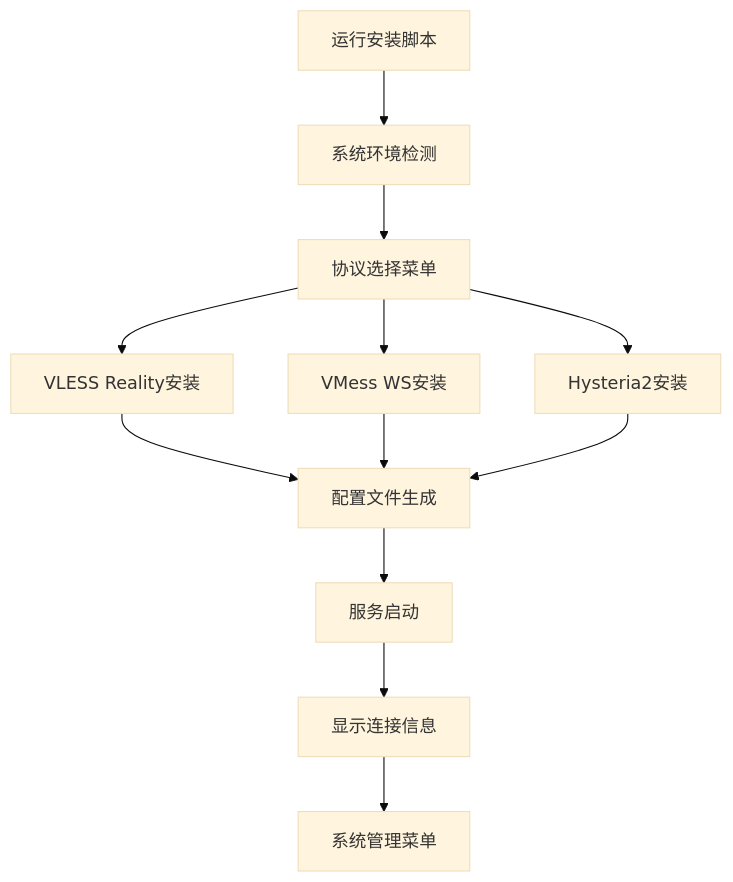
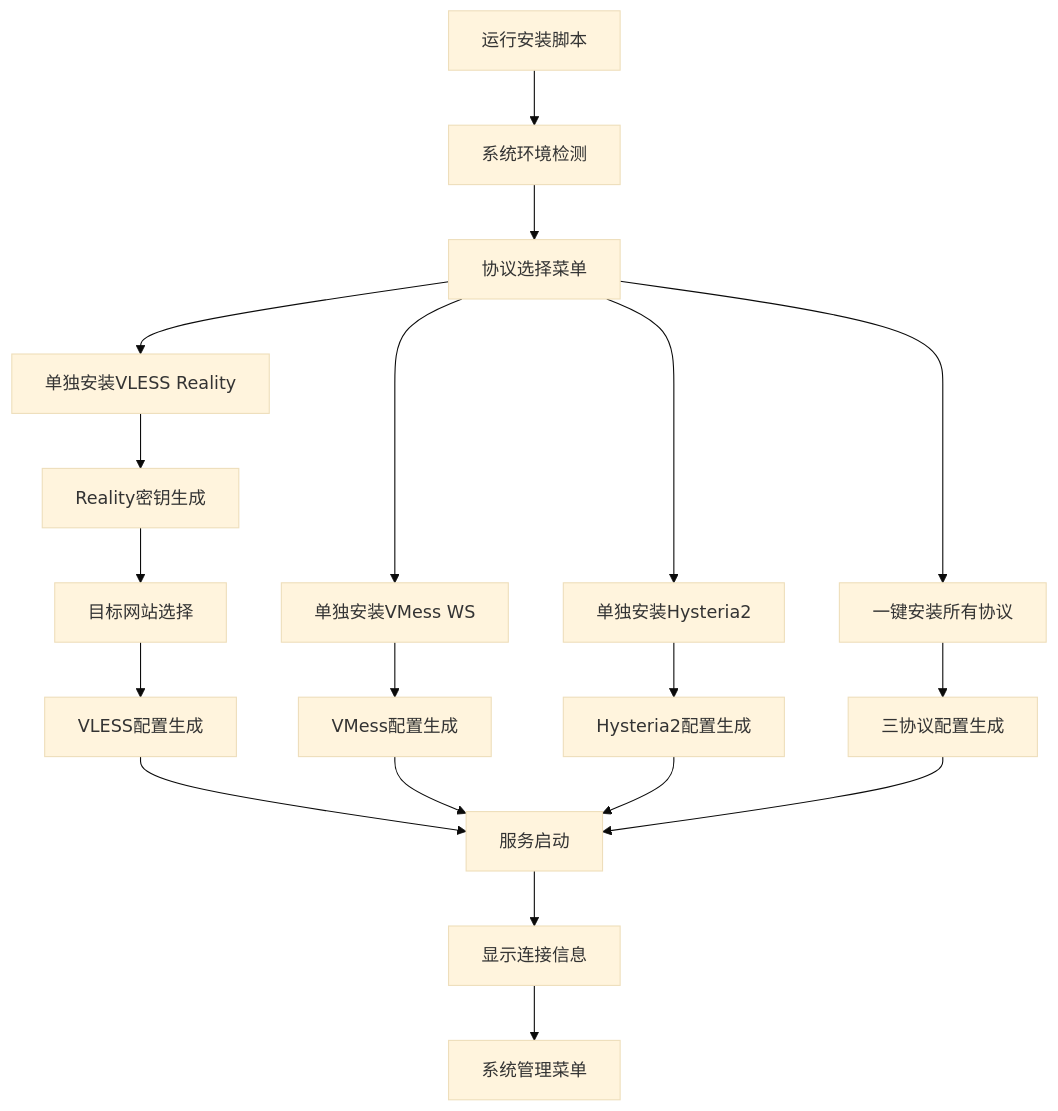
One commit to Yan-nian/singbox-install-script changed the diagram in .trae/documents/singbox-install-script-requirements.md. Above: the diagram before and after it, drawn with Mermaid (base theme). The commit also changed other lines of this file and 3 other files, not shown here.

````diff
--- a/.trae/documents/singbox-install-script-requirements.md
+++ b/.trae/documents/singbox-install-script-requirements.md
@@ -61,14 +74,21 @@
 ```mermaid
 graph TD
   A[运行安装脚本] --> B[系统环境检测]
   B --> C[协议选择菜单]
-  C --> D[VLESS Reality安装]
-  C --> E[VMess WS安装]
-  C --> F[Hysteria2安装]
-  D --> G[配置文件生成]
-  E --> G
-  F --> G
-  G --> H[服务启动]
-  H --> I[显示连接信息]
-  I --> J[系统管理菜单]
+  C --> D[单独安装VLESS Reality]
+  C --> E[单独安装VMess WS]
+  C --> F[单独安装Hysteria2]
+  C --> G[一键安装所有协议]
+  D --> H[Reality密钥生成]
+  H --> I[目标网站选择]
+  I --> J[VLESS配置生成]
+  E --> K[VMess配置生成]
+  F --> L[Hysteria2配置生成]
+  G --> M[三协议配置生成]
+  J --> N[服务启动]
+  K --> N
+  L --> N
+  M --> N
+  N --> O[显示连接信息]
+  O --> P[系统管理菜单]
 ```
````
